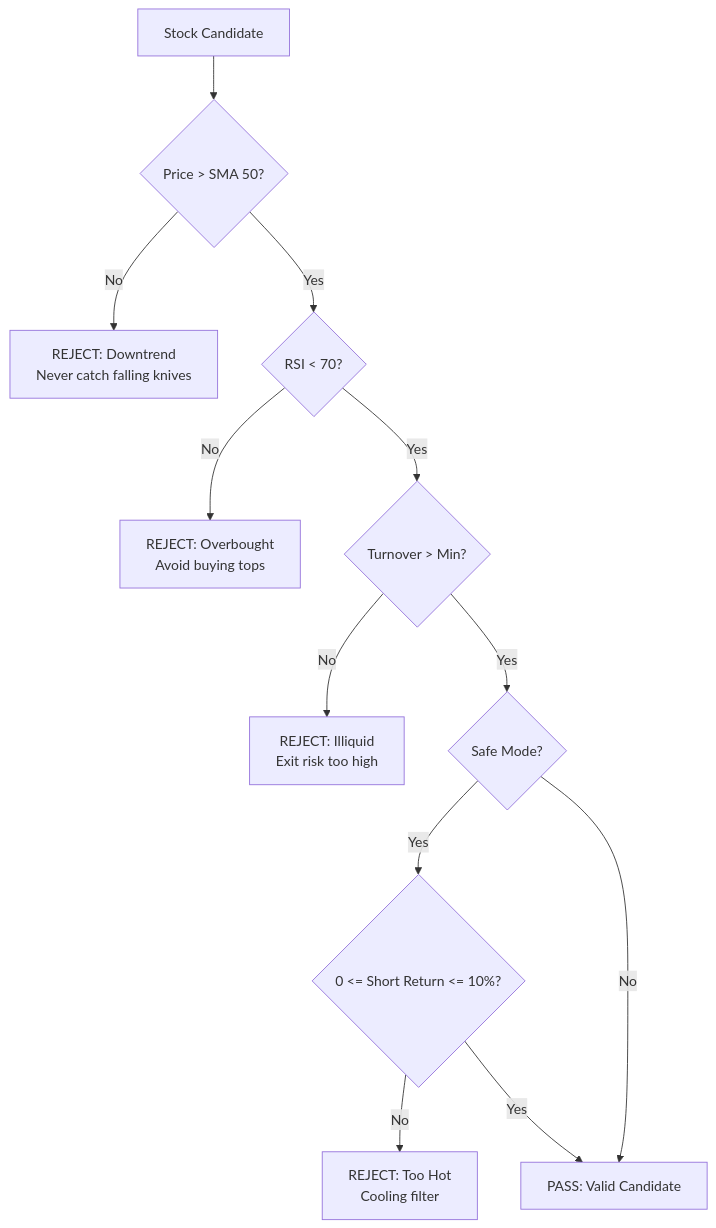
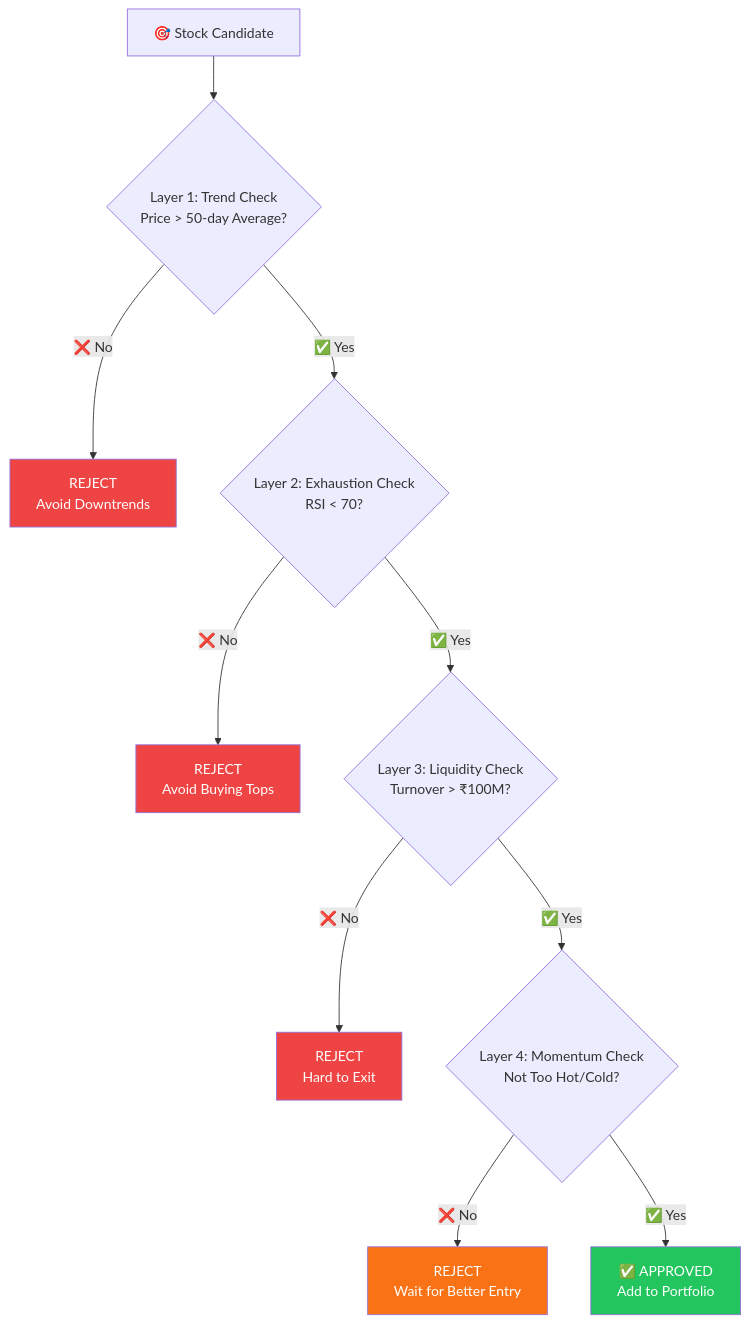
The seventh of 20 diagrams in README.md (pravindev666/Tradyx-Aleph), drawn with Mermaid before and after one commit. The commit also changed other lines of this file, not shown here.

````diff
--- a/README.md
+++ b/README.md
@@ -276,18 +122,21 @@
 ```mermaid
 flowchart TD
-    A[Stock Candidate] --> B{Price > SMA 50?}
-    B -->|No| C[REJECT: Downtrend<br/>Never catch falling knives]
-    B -->|Yes| D{RSI < 70?}
+    A[🎯 Stock Candidate] --> B{Layer 1: Trend Check<br/>Price > 50-day Average?}
+    B -->|❌ No| C[REJECT<br/>Avoid Downtrends]
+    B -->|✅ Yes| D{Layer 2: Exhaustion Check<br/>RSI < 70?}
     
-    D -->|No| E[REJECT: Overbought<br/>Avoid buying tops]
-    D -->|Yes| F{Turnover > Min?}
+    D -->|❌ No| E[REJECT<br/>Avoid Buying Tops]
+    D -->|✅ Yes| F{Layer 3: Liquidity Check<br/>Turnover > ₹100M?}
     
-    F -->|No| G[REJECT: Illiquid<br/>Exit risk too high]
-    F -->|Yes| H{Safe Mode?}
+    F -->|❌ No| G[REJECT<br/>Hard to Exit]
+    F -->|✅ Yes| H{Layer 4: Momentum Check<br/>Not Too Hot/Cold?}
     
-    H -->|Yes| I{0 <= Short Return <= 10%?}
-    I -->|No| J[REJECT: Too Hot<br/>Cooling filter]
-    I -->|Yes| K[PASS: Valid Candidate]
+    H -->|❌ No| I[REJECT<br/>Wait for Better Entry]
+    H -->|✅ Yes| J[✅ APPROVED<br/>Add to Portfolio]
     
-    H -->|No| K
+    style J fill:#22c55e,color:white
+    style C fill:#ef4444,color:white
+    style E fill:#ef4444,color:white
+    style G fill:#ef4444,color:white
+    style I fill:#f97316,color:white
 ```
````
